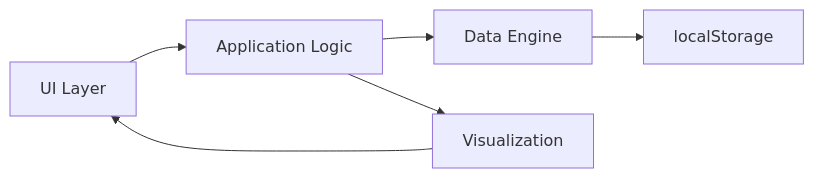
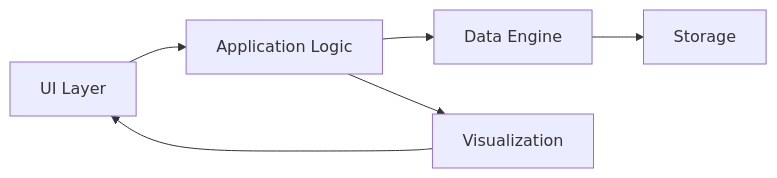
Before and after one commit to Milind-277/EcoTrack-Pro: the third of 3 diagrams in README.md, drawn with Mermaid. The commit also changed other lines of this file, not shown here.

````diff
--- a/README.md
+++ b/README.md
@@ -106,13 +110,12 @@
 ```mermaid
 graph LR
 	UI[UI Layer]
 	Logic[Application Logic]
 	Data[Data Engine]
-	Storage[localStorage]
 	Charts[Visualization]
 	UI --> Logic
 	Logic --> Data
 	Logic --> Charts
 	Data --> Storage
 	Charts --> UI
 ```
````
